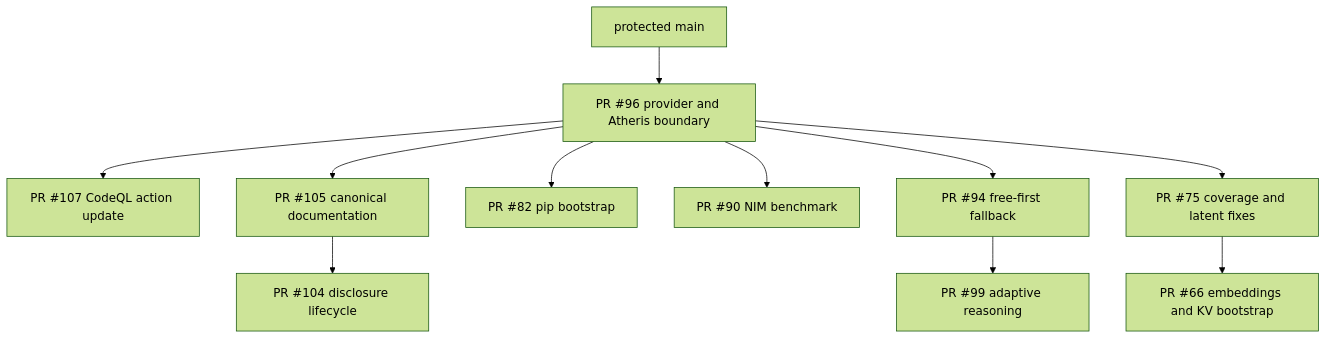
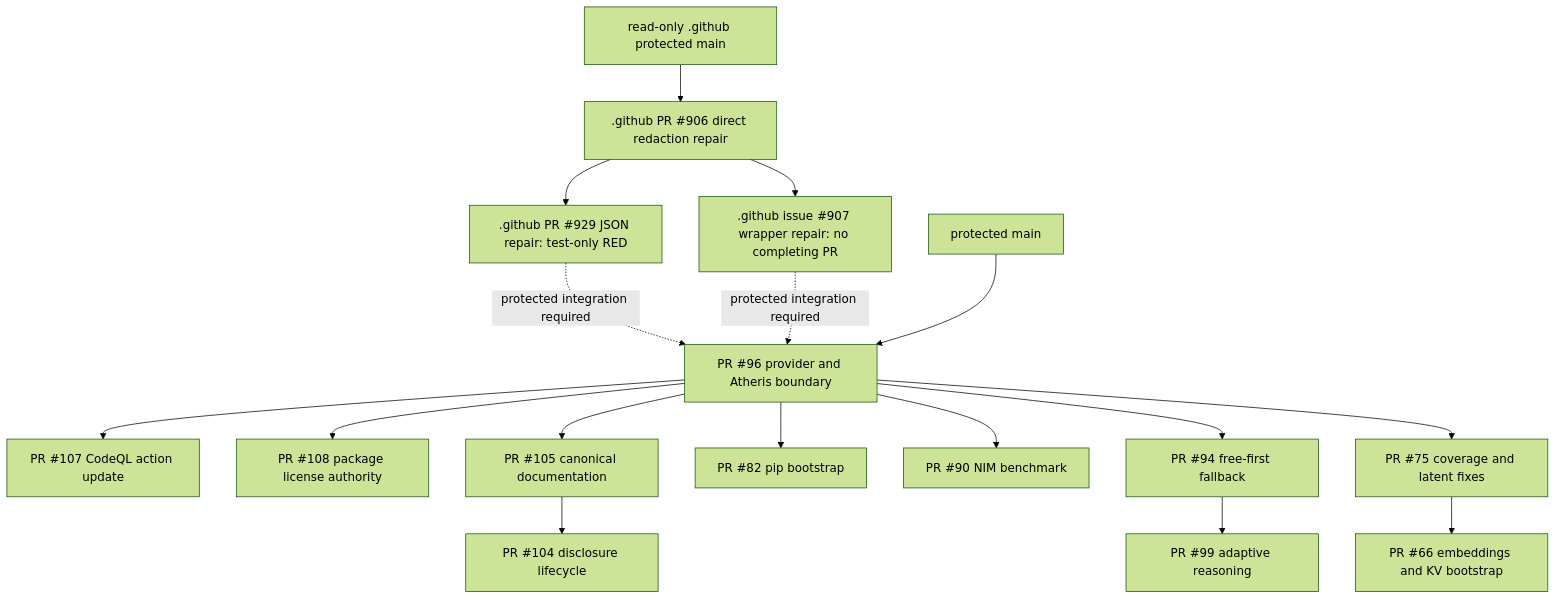
Before and after one commit to ContextualWisdomLab/contextual-orchestrator: the diagram in docs/TRACEABILITY.md, drawn with Mermaid (forest theme). The commit also changed other lines of this file and 1 other file, not shown here.

````diff
--- a/docs/TRACEABILITY.md
+++ b/docs/TRACEABILITY.md
@@ -95,13 +96,19 @@
 ```mermaid
 flowchart TB
+    centralMain["read-only .github protected main"] --> central906[".github PR #906 direct redaction repair"]
+    central906 --> central929[".github PR #929 JSON repair: test-only RED"]
+    central906 --> central907[".github issue #907 wrapper repair: no completing PR"]
+    central929 -. protected integration required .-> pr96
+    central907 -. protected integration required .-> pr96
     main["protected main"] --> pr96["PR #96 provider and Atheris boundary"]
     pr96 --> pr107["PR #107 CodeQL action update"]
+    pr96 --> pr108["PR #108 package license authority"]
     pr96 --> pr105["PR #105 canonical documentation"]
     pr105 --> pr104["PR #104 disclosure lifecycle"]
     pr96 --> pr82["PR #82 pip bootstrap"]
     pr96 --> pr90["PR #90 NIM benchmark"]
     pr96 --> pr94["PR #94 free-first fallback"]
     pr94 --> pr99["PR #99 adaptive reasoning"]
     pr96 --> pr75["PR #75 coverage and latent fixes"]
     pr75 --> pr66["PR #66 embeddings and KV bootstrap"]
 ```
````
